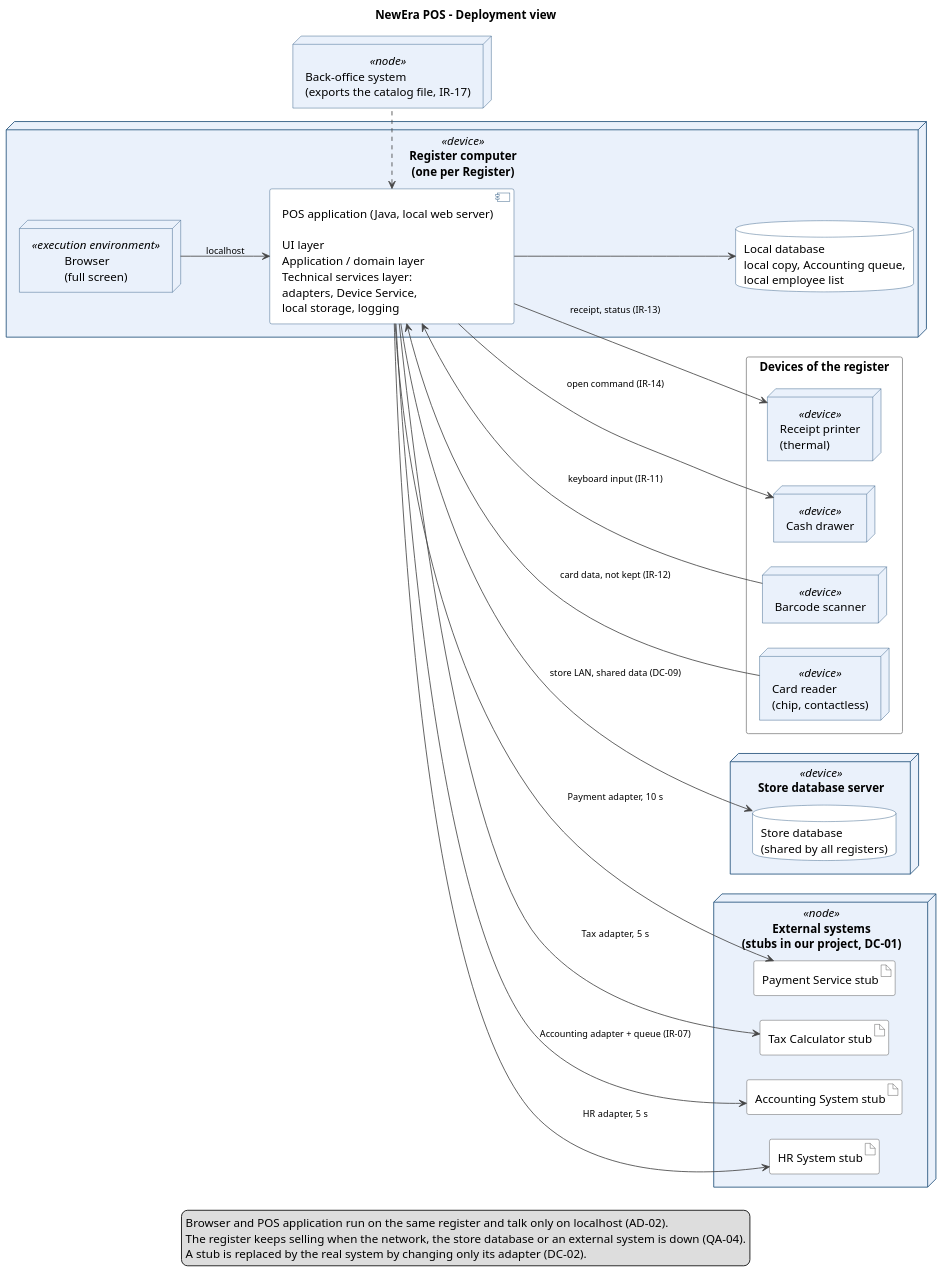
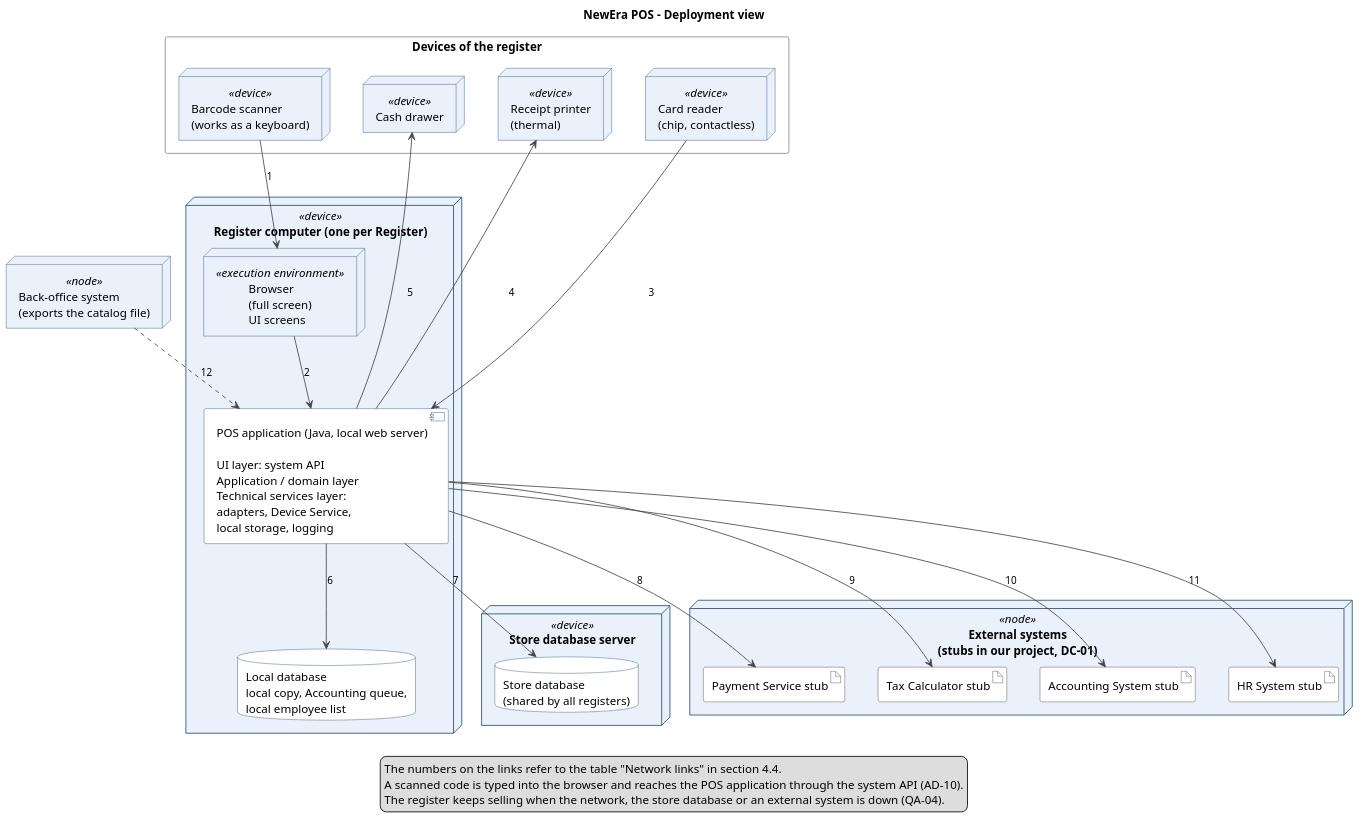
The diagram in assets/architecture_deployment.puml (bhsei/26D), drawn with PlantUML before and after one commit.

Commit message:
W9 - Deployment diagram source; numbered links, scanner arrow to the browser (review of A2)

```diff
--- a/assets/architecture_deployment.puml
+++ b/assets/architecture_deployment.puml
@@ -1,78 +1,75 @@
 @startuml
 ' NewEra POS - Deployment (physical) view, W09
 ' Team D - editable source of assets/architecture_deployment.png
 ' Render with: java -jar plantuml.jar -tpng assets/architecture_deployment.puml
 ' Names follow docs/design/architecture.md (AD-01 layers, AD-02 local web application, AD-10 devices),
 ' the domain model (Register) and the SRS (IR-01 to IR-17, DC-01 to DC-09).
+' The numbers on the links are the numbers of the table "Network links" in section 4.4.
 
-left to right direction
 skinparam shadowing false
 skinparam dpi 130
 skinparam defaultFontName Arial
 skinparam ArrowColor #444444
-skinparam ArrowFontSize 11
-skinparam nodesep 30
-skinparam ranksep 60
+skinparam ArrowFontSize 12
+skinparam nodesep 40
+skinparam ranksep 70
 skinparam NodeBorderColor #1F4E79
 skinparam NodeBackgroundColor #EAF1FB
 skinparam ComponentBorderColor #1F4E79
 skinparam ComponentBackgroundColor #FFFFFF
 skinparam DatabaseBorderColor #1F4E79
 skinparam DatabaseBackgroundColor #FFFFFF
 skinparam ArtifactBorderColor #444444
 skinparam ArtifactBackgroundColor #FFFFFF
 skinparam RectangleBorderColor #888888
 skinparam RectangleBackgroundColor #FFFFFF
 skinparam NoteBackgroundColor #FFF8DC
 skinparam NoteBorderColor #B8A04A
 
 title NewEra POS - Deployment view
 
 rectangle "Devices of the register" as Devices {
-  node "Barcode scanner" as Scanner <<device>>
+  node "Barcode scanner\n(works as a keyboard)" as Scanner <<device>>
   node "Card reader\n(chip, contactless)" as CardReader <<device>>
   node "Receipt printer\n(thermal)" as Printer <<device>>
   node "Cash drawer" as Drawer <<device>>
 }
 
-node "Register computer\n(one per Register)" as Reg <<device>> {
-  node "Browser\n(full screen)" as Browser <<execution environment>>
-  component "POS application (Java, local web server)\n\nUI layer\nApplication / domain layer\nTechnical services layer:\nadapters, Device Service,\nlocal storage, logging" as Pos
+node "Register computer (one per Register)" as Reg <<device>> {
+  node "Browser\n(full screen)\nUI screens" as Browser <<execution environment>>
+  component "POS application (Java, local web server)\n\nUI layer: system API\nApplication / domain layer\nTechnical services layer:\nadapters, Device Service,\nlocal storage, logging" as Pos
   database "Local database\nlocal copy, Accounting queue,\nlocal employee list" as Local
 }
 
 node "Store database server" as StoreSrv <<device>> {
   database "Store database\n(shared by all registers)" as StoreDB
 }
 
-node "Back-office system\n(exports the catalog file, IR-17)" as BO <<node>>
+node "Back-office system\n(exports the catalog file)" as BO <<node>>
 
 node "External systems\n(stubs in our project, DC-01)" as Ext <<node>> {
   artifact "Payment Service stub" as PayStub
   artifact "Tax Calculator stub" as TaxStub
   artifact "Accounting System stub" as AccStub
   artifact "HR System stub" as HRStub
 }
 
-Scanner --> Pos : keyboard input (IR-11)
-CardReader --> Pos : card data, not kept (IR-12)
-Pos --> Printer : receipt, status (IR-13)
-Pos --> Drawer : open command (IR-14)
-
-Browser -down-> Pos : localhost
-Pos -down-> Local
-
-Pos --> StoreDB : store LAN, shared data (DC-09)
-BO .left.> Pos
-
-Pos --> PayStub : Payment adapter, 10 s
-Pos --> TaxStub : Tax adapter, 5 s
-Pos --> AccStub : Accounting adapter + queue (IR-07)
-Pos --> HRStub : HR adapter, 5 s
+Scanner -down-> Browser : 1
+Browser -down-> Pos : 2
+CardReader -down-> Pos : 3
+Pos -up-> Printer : 4
+Pos -up-> Drawer : 5
+Pos -down-> Local : 6
+Pos -down-> StoreDB : 7
+Pos -down-> PayStub : 8
+Pos -down-> TaxStub : 9
+Pos -down-> AccStub : 10
+Pos -down-> HRStub : 11
+BO .down.> Pos : 12
 
 legend bottom
-  Browser and POS application run on the same register and talk only on localhost (AD-02).
+  The numbers on the links refer to the table "Network links" in section 4.4.
+  A scanned code is typed into the browser and reaches the POS application through the system API (AD-10).
   The register keeps selling when the network, the store database or an external system is down (QA-04).
-  A stub is replaced by the real system by changing only its adapter (DC-02).
 endlegend
 @enduml
```
